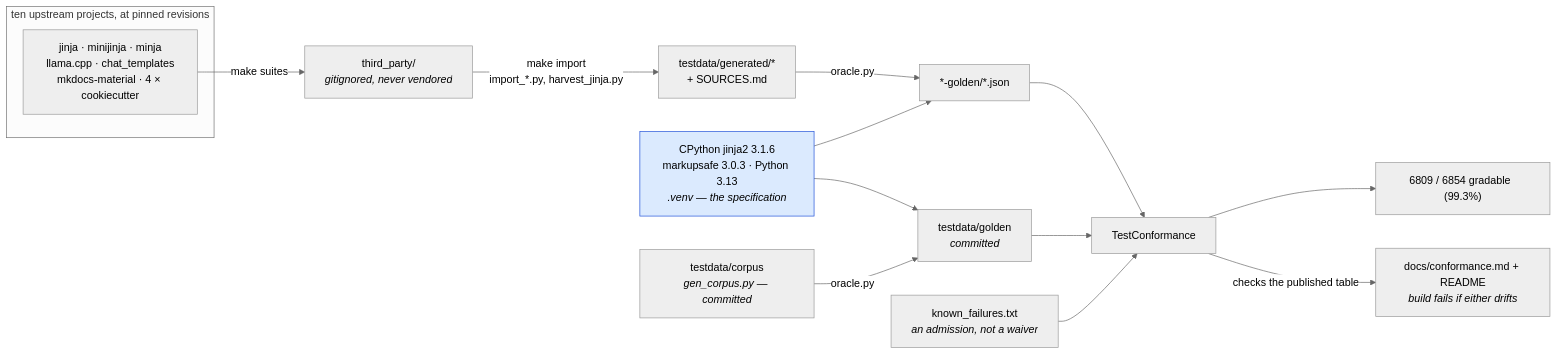
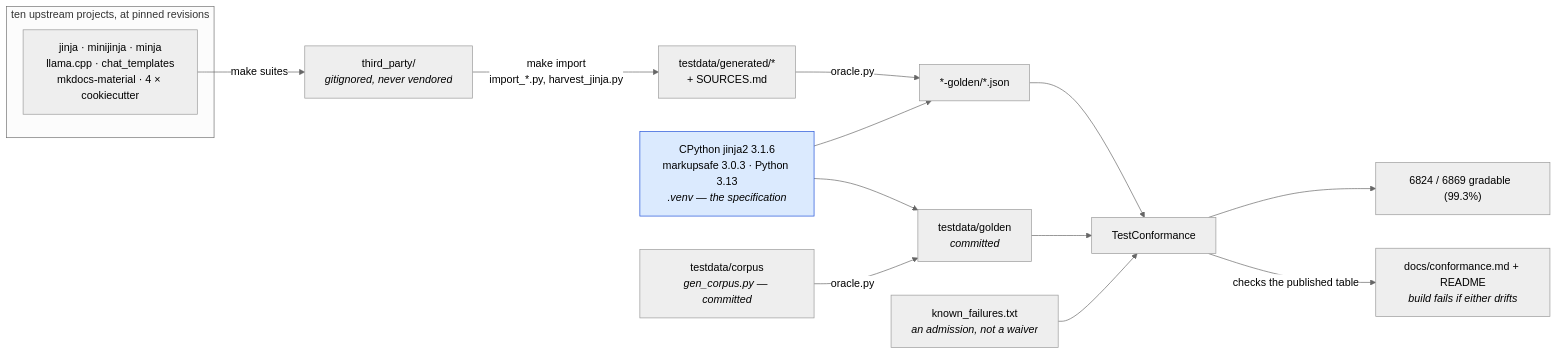
Before and after one commit to mgilbir/gojja2: the first of 2 diagrams in docs/conformance.md, drawn with Mermaid (neutral theme). The commit also changed other lines of this file and 53 other files, not shown here.

````diff
--- a/docs/conformance.md
+++ b/docs/conformance.md
@@ -17,24 +17,24 @@
 ```mermaid
 flowchart LR
     subgraph up["ten upstream projects, at pinned revisions"]
         U1["jinja · minijinja · minja<br/>llama.cpp · chat_templates<br/>mkdocs-material · 4 × cookiecutter"]
     end
     U1 -->|"make suites"| TP["third_party/<br/><i>gitignored, never vendored</i>"]
     TP -->|"make import<br/>import_*.py, harvest_jinja.py"| GEN["testdata/generated/*<br/>+ SOURCES.md"]
 
     ORA["CPython jinja2 3.1.6<br/>markupsafe 3.0.3 · Python 3.13<br/><i>.venv — the specification</i>"]
     GEN -->|"oracle.py"| G2["*-golden/*.json"]
     ORA --> G2
 
     OWN["testdata/corpus<br/><i>gen_corpus.py — committed</i>"] -->|"oracle.py"| G1["testdata/golden<br/><i>committed</i>"]
     ORA --> G1
 
     G1 --> TC["TestConformance"]
     G2 --> TC
     KF["known_failures.txt<br/><i>an admission, not a waiver</i>"] --> TC
-    TC --> RATE["6809 / 6854 gradable  (99.3%)"]
+    TC --> RATE["6824 / 6869 gradable  (99.3%)"]
     TC -->|"checks the published table"| RM["docs/conformance.md + README<br/><i>build fails if either drifts</i>"]
 
     classDef spec fill:#dbeafe,stroke:#1d4ed8,color:#000
     class ORA spec
 ```
````
